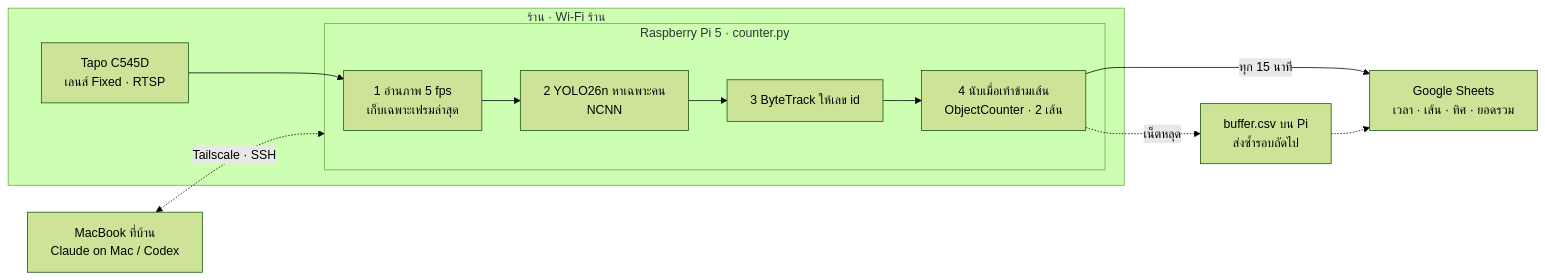
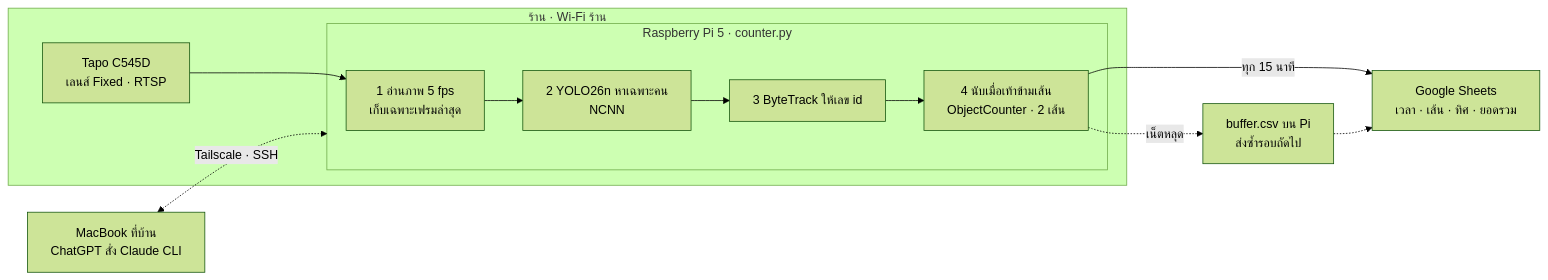
Before and after one commit to Eak-dev/Foot-traffic-counter: the diagram in docs/PLAN.md, drawn with Mermaid (forest theme). The commit also changed other lines of this file and 5 other files, not shown here.

First line of the commit message:
เปลี่ยนวิธีทำงาน: ChatGPT วางแผนและสั่ง Claude CLI

````diff
--- a/docs/PLAN.md
+++ b/docs/PLAN.md
@@ -23,16 +23,16 @@
 ```mermaid
 flowchart LR
     subgraph shop["ร้าน · Wi-Fi ร้าน"]
         cam["Tapo C545D<br/>เลนส์ Fixed · RTSP"]
         subgraph pi["Raspberry Pi 5 · counter.py"]
             s1["1 อ่านภาพ 5 fps<br/>เก็บเฉพาะเฟรมล่าสุด"] --> s2["2 YOLO26n หาเฉพาะคน<br/>NCNN"]
             s2 --> s3["3 ByteTrack ให้เลข id"]
             s3 --> s4["4 นับเมื่อเท้าข้ามเส้น<br/>ObjectCounter · 2 เส้น"]
         end
         cam --> s1
     end
     s4 -- "ทุก 15 นาที" --> sheets["Google Sheets<br/>เวลา · เส้น · ทิศ · ยอดรวม"]
     s4 -. "เน็ตหลุด" .-> buf["buffer.csv บน Pi<br/>ส่งซ้ำรอบถัดไป"]
     buf -.-> sheets
-    mac["MacBook ที่บ้าน<br/>Claude on Mac / Codex"] <-. "Tailscale · SSH" .-> pi
+    mac["MacBook ที่บ้าน<br/>ChatGPT สั่ง Claude CLI"] <-. "Tailscale · SSH" .-> pi
 ```
````
